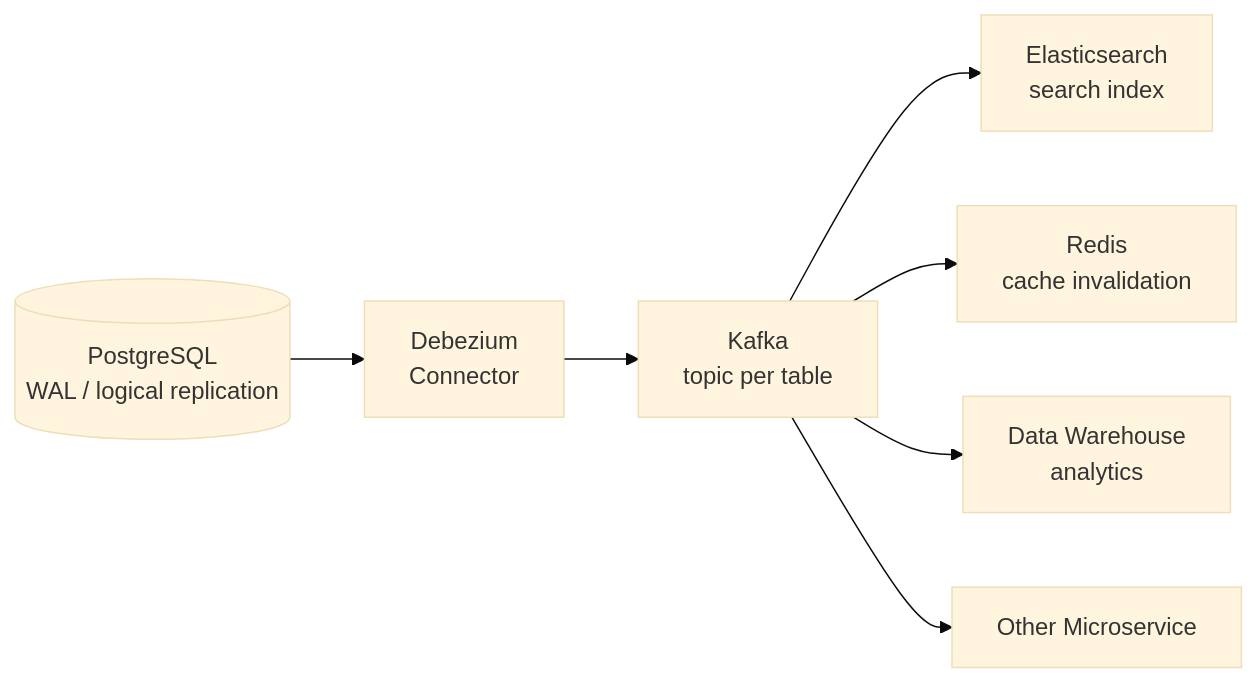
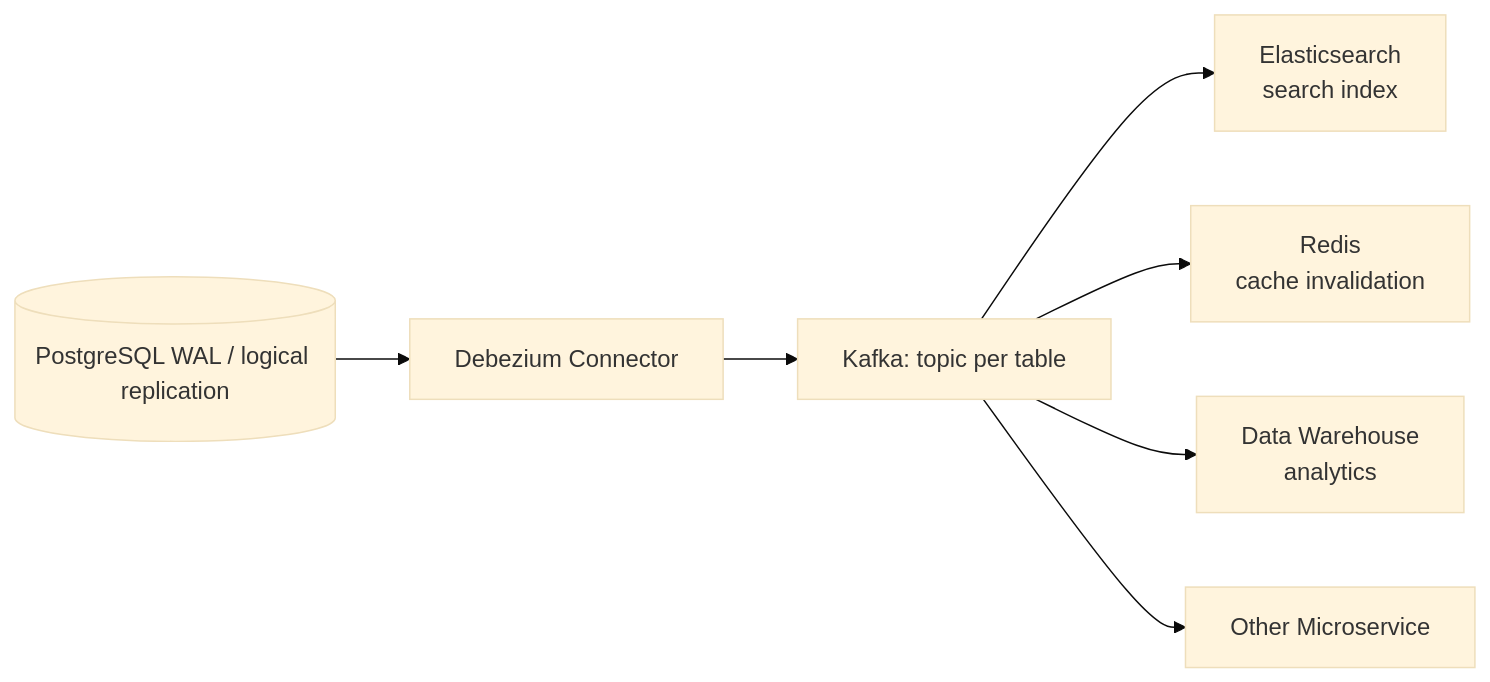
One commit to deepanshu-rawat6/tour-of-go changed the second of 3 diagrams in more-internals/system-design/cdc/README.md. Above: the diagram before and after it, drawn with Mermaid (base theme). The commit also changed other lines of this file and 23 other files, not shown here.

````diff
--- a/more-internals/system-design/cdc/README.md
+++ b/more-internals/system-design/cdc/README.md
@@ -29,9 +29,9 @@
 ```mermaid
 graph LR
-    DB[(PostgreSQL\nWAL / logical replication)] --> DEBEZIUM[Debezium\nConnector]
-    DEBEZIUM --> KAFKA[Kafka\ntopic per table]
+    DB[("PostgreSQL WAL / logical replication")] --> DEBEZIUM["Debezium Connector"]
+    DEBEZIUM --> KAFKA["Kafka: topic per table"]
     KAFKA --> ES[Elasticsearch\nsearch index]
     KAFKA --> CACHE[Redis\ncache invalidation]
     KAFKA --> DW[Data Warehouse\nanalytics]
     KAFKA --> SVC[Other Microservice]
 ```
````
